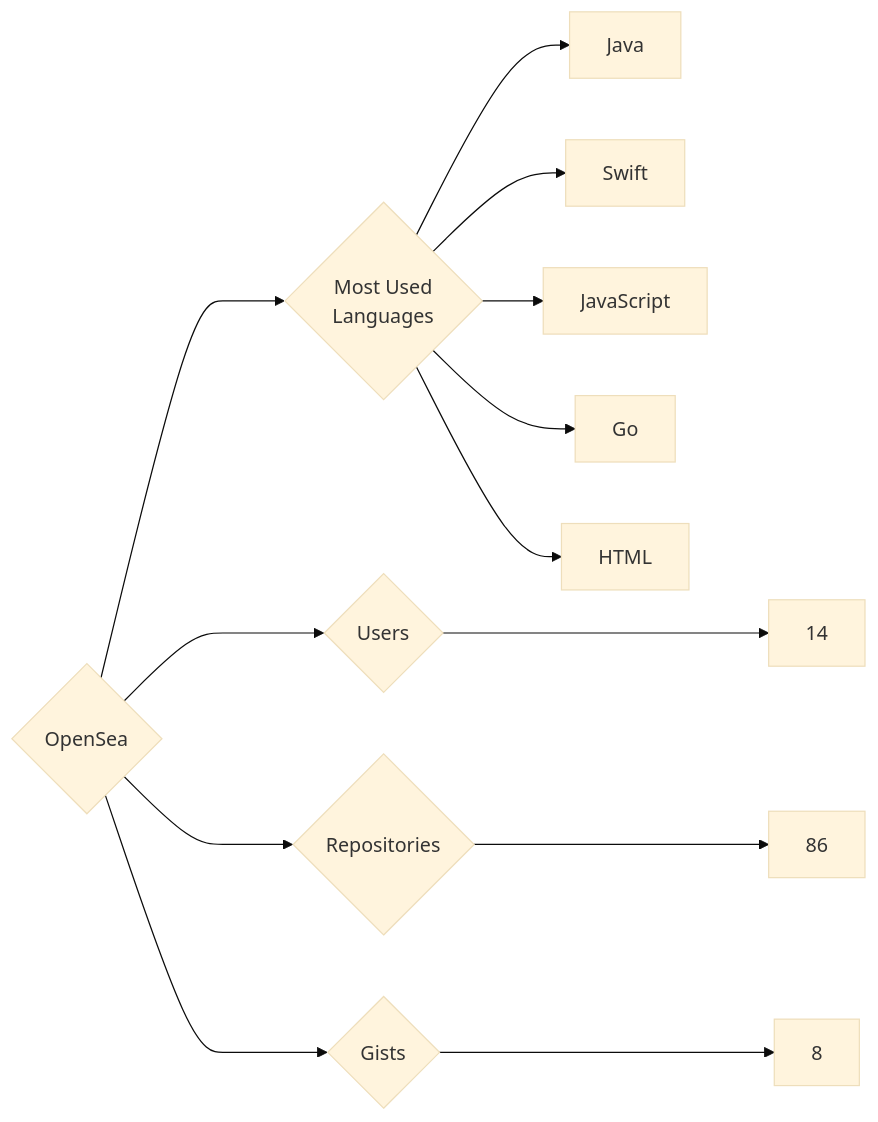
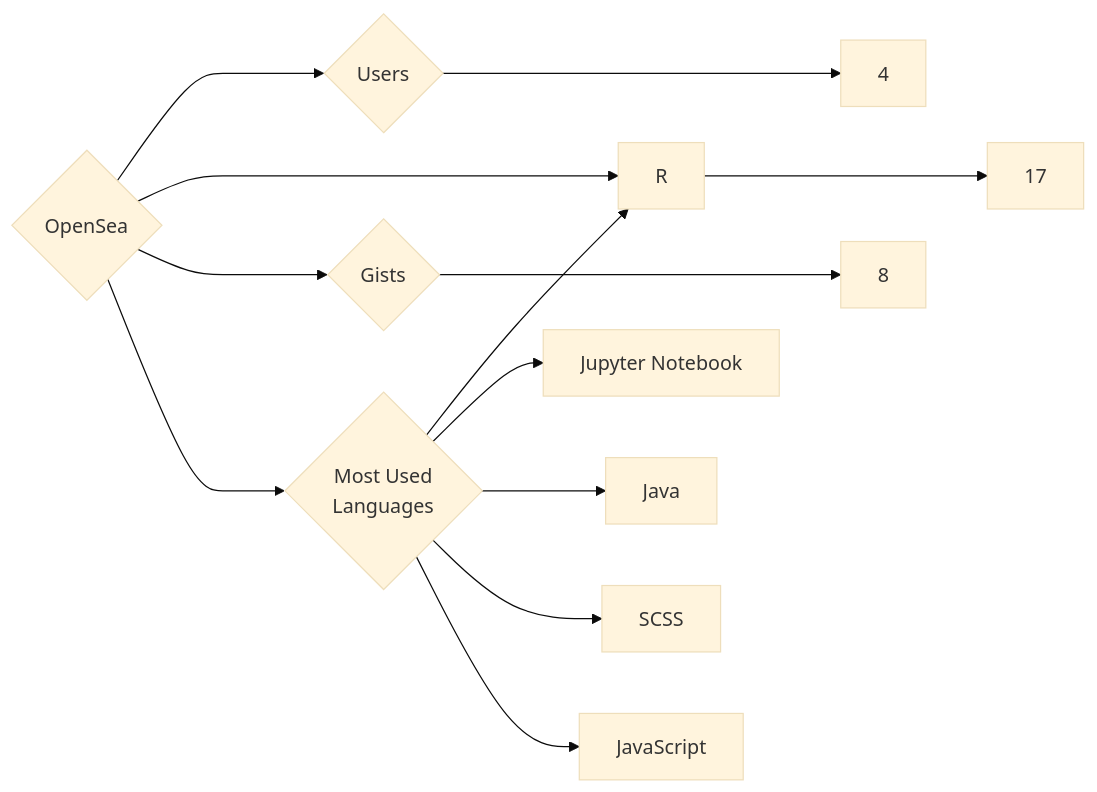
The diagram in targets/OpenSea/README.md (trickest/insiders), drawn with Mermaid (base theme) before and after one commit. The commit also changed 787 other files, not shown here.

````diff
--- a/targets/OpenSea/README.md
+++ b/targets/OpenSea/README.md
@@ -3,13 +3,13 @@
 ```mermaid
 graph LR
 COMPANY_NAME{OpenSea}
-COMPANY_NAME ---> U{Users} ---> UN[14]
-COMPANY_NAME ---> R{Repositories} ---> RN[86]
+COMPANY_NAME ---> U{Users} ---> UN[4]
+COMPANY_NAME ---> R{Repositories} ---> RN[17]
 COMPANY_NAME ---> G{Gists} ---> GN[8]
 COMPANY_NAME ---> ML{Most Used<br>Languages}
+ML --> R[R]
+ML --> Jupyter_Notebook[Jupyter Notebook]
 ML --> Java[Java]
-ML --> Swift[Swift]
+ML --> SCSS[SCSS]
 ML --> JavaScript[JavaScript]
-ML --> Go[Go]
-ML --> HTML[HTML]
 ```
````
